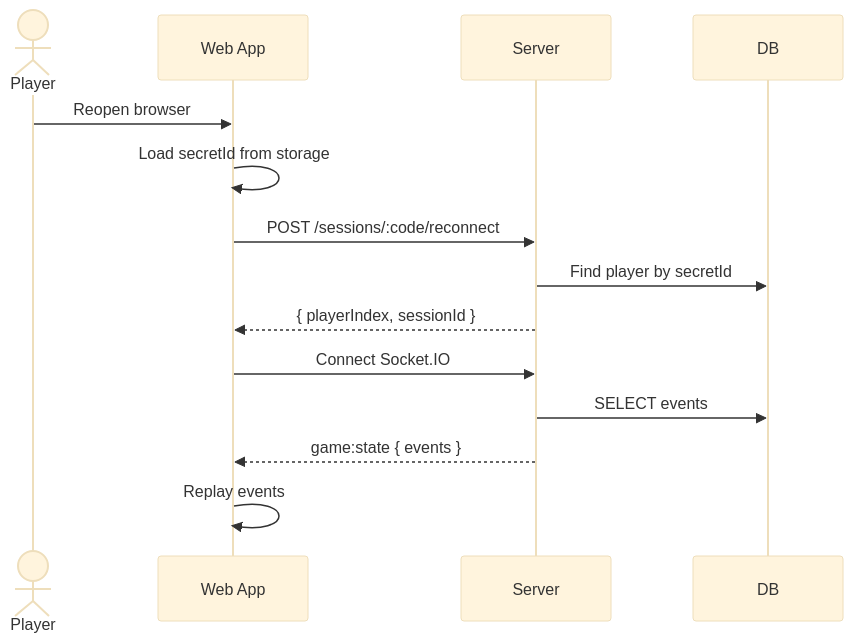
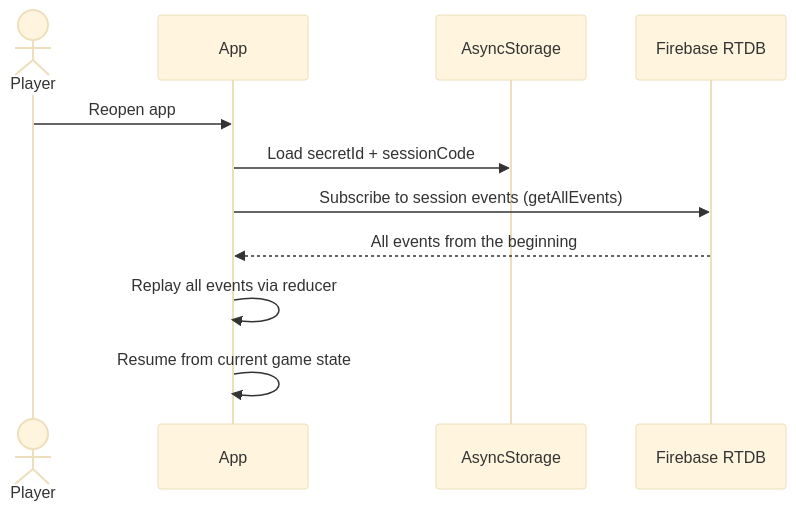
Before and after one commit to deglerj/dabb: the fifth of 6 diagrams in docs/arc42/06-runtime-view.md, drawn with Mermaid (base theme). The commit also changed other lines of this file and 18 other files, not shown here.

First line of the commit message:
docs: update docs for Firebase P2P architecture

````diff
--- a/docs/arc42/06-runtime-view.md
+++ b/docs/arc42/06-runtime-view.md
@@ -136,17 +135,14 @@
 ```mermaid
 sequenceDiagram
     actor player as Player
-    participant web as Web App
-    participant server as Server
-    participant db as DB
+    participant app as App
+    participant storage as AsyncStorage
+    participant firebase as Firebase RTDB
 
-    player->>web: Reopen browser
-    web->>web: Load secretId from storage
-    web->>server: POST /sessions/:code/reconnect
-    server->>db: Find player by secretId
-    server-->>web: { playerIndex, sessionId }
-    web->>server: Connect Socket.IO
-    server->>db: SELECT events
-    server-->>web: game:state { events }
-    web->>web: Replay events
+    player->>app: Reopen app
+    app->>storage: Load secretId + sessionCode
+    app->>firebase: Subscribe to session events (getAllEvents)
+    firebase-->>app: All events from the beginning
+    app->>app: Replay all events via reducer
+    app->>app: Resume from current game state
 ```
````
